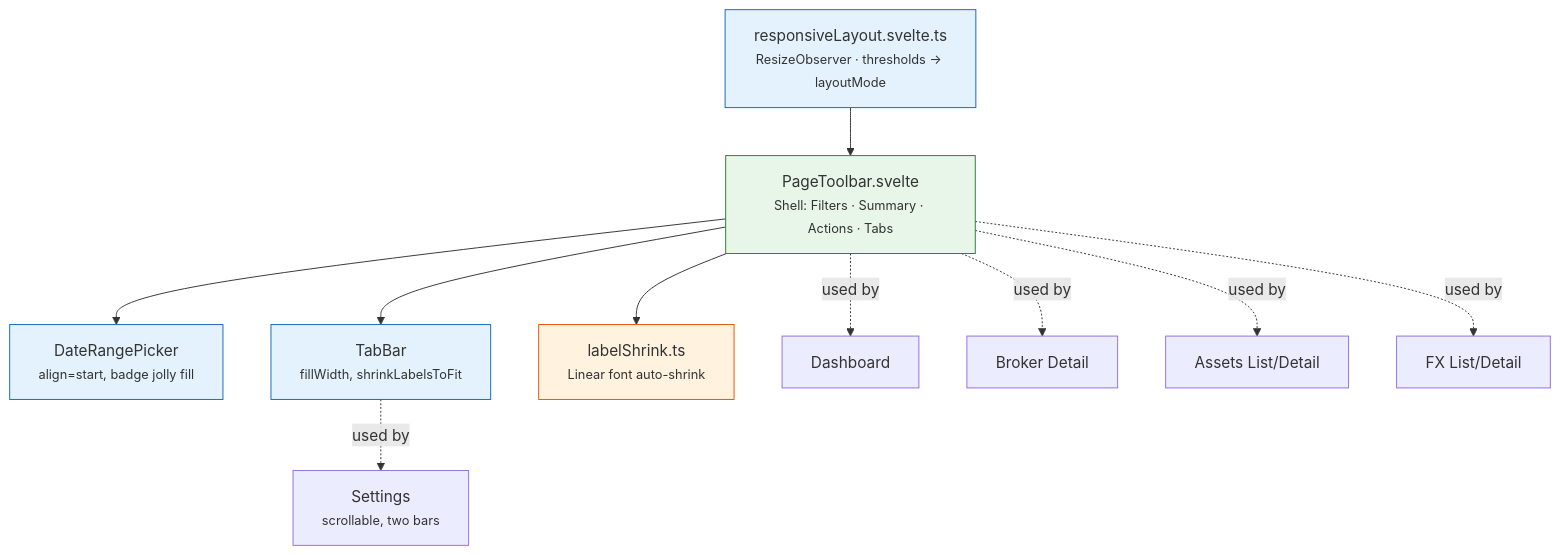
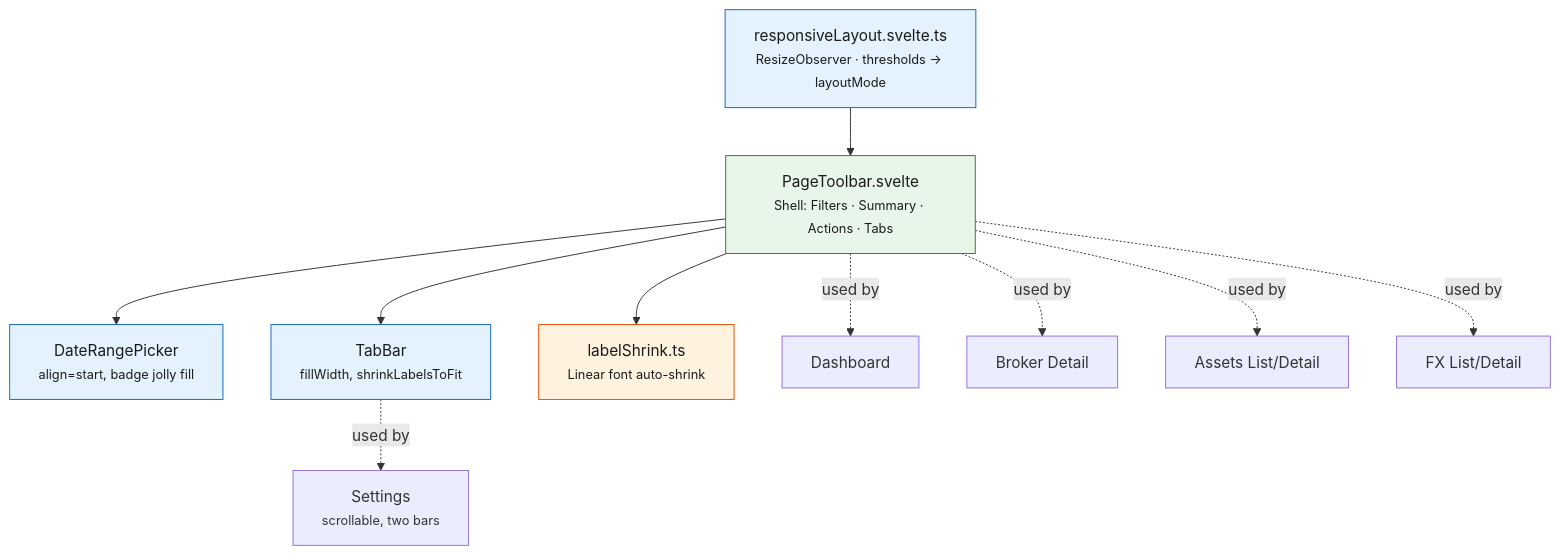
Before and after one commit to Librefolio/LibreFolio: the diagram in mkdocs_src/docs/developer/frontend/components/core-ui/toolbar.md, drawn with Mermaid. The commit also changed 1 other file, not shown here.

Commit message:
fix(docs): diagram text colour in the core UI pages (2)

````diff
--- a/mkdocs_src/docs/developer/frontend/components/core-ui/toolbar.md
+++ b/mkdocs_src/docs/developer/frontend/components/core-ui/toolbar.md
@@ -5,19 +5,19 @@
 ```mermaid
 graph TD
     RL["responsiveLayout.svelte.ts<br/><small>ResizeObserver · thresholds → layoutMode</small>"] --> PT["PageToolbar.svelte<br/><small>Shell: Filters · Summary · Actions · Tabs</small>"]
     PT --> DRP["DateRangePicker<br/><small>align=start, badge jolly fill</small>"]
     PT --> TB["TabBar<br/><small>fillWidth, shrinkLabelsToFit</small>"]
     PT --> LS["labelShrink.ts<br/><small>Linear font auto-shrink</small>"]
 
     PT -.->|used by| DASH["Dashboard"]
     PT -.->|used by| BD["Broker Detail"]
     PT -.->|used by| AL["Assets List/Detail"]
     PT -.->|used by| FX["FX List/Detail"]
     TB -.->|used by| ST["Settings<br/><small>scrollable, two bars</small>"]
 
-    style RL fill:#e3f2fd,stroke:#1565c0
-    style PT fill:#e8f5e9,stroke:#2e7d32
-    style DRP fill:#e3f2fd,stroke:#1565c0
-    style TB fill:#e3f2fd,stroke:#1565c0
-    style LS fill:#fff3e0,stroke:#e65100
+    style RL fill:#e3f2fd,color:#1b1b1b,stroke:#1565c0
+    style PT fill:#e8f5e9,color:#1b1b1b,stroke:#2e7d32
+    style DRP fill:#e3f2fd,color:#1b1b1b,stroke:#1565c0
+    style TB fill:#e3f2fd,color:#1b1b1b,stroke:#1565c0
+    style LS fill:#fff3e0,color:#1b1b1b,stroke:#e65100
 ```
````
